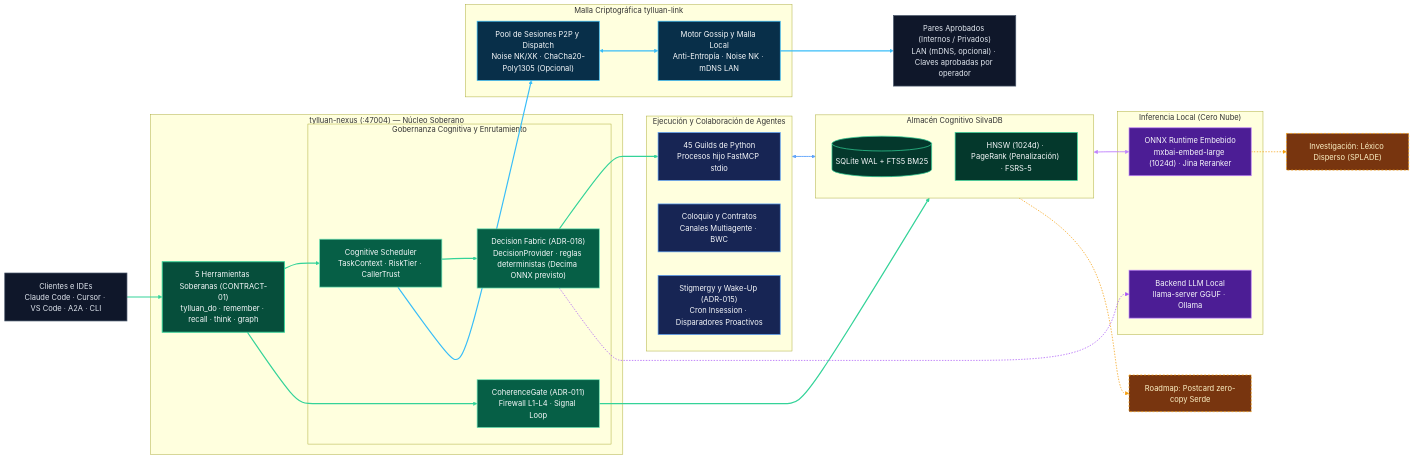
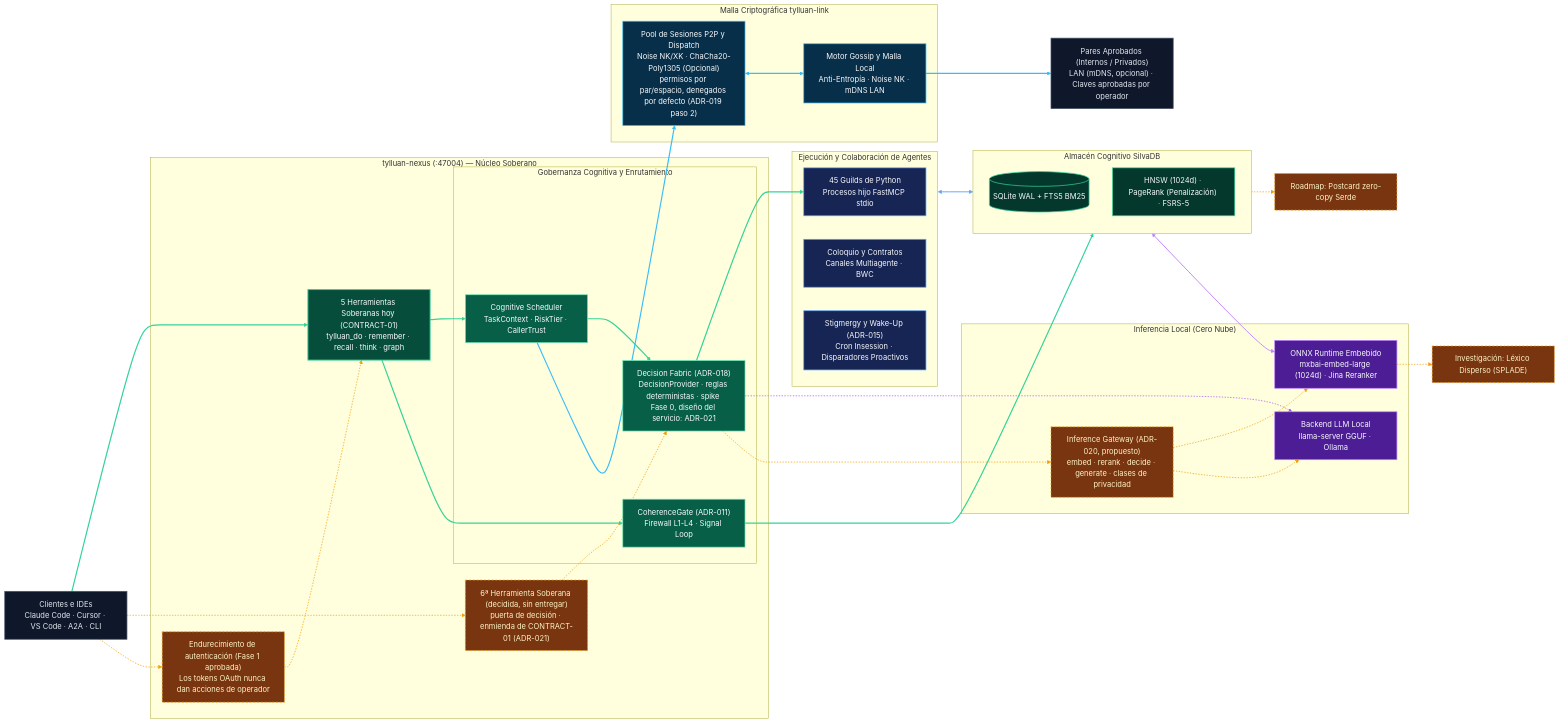
Before and after one commit to Forja-orca/tylluan: the diagram in README.es.md, drawn with Mermaid. The commit also changed other lines of this file and 7 other files, not shown here.

First line of the commit message:
docs: signal the 2026-10-15 architecture decisions in the public README, diagrams, roadmap and changelog

````diff
--- a/README.es.md
+++ b/README.es.md
@@ -347,11 +367,13 @@
   CLIENTS["Clientes e IDEs<br/>Claude Code · Cursor · VS Code · A2A · CLI"]
 
   subgraph SOVEREIGN["tylluan-nexus (:47004) — Núcleo Soberano"]
-    TOOLS["5 Herramientas Soberanas (CONTRACT-01)<br/>tylluan_do · remember · recall · think · graph"]
+    TOOLS["5 Herramientas Soberanas hoy (CONTRACT-01)<br/>tylluan_do · remember · recall · think · graph"]
+    TOOL6["6ª Herramienta Soberana (decidida, sin entregar)<br/>puerta de decisión · enmienda de CONTRACT-01 (ADR-021)"]:::future
+    AUTH["Endurecimiento de autenticación (Fase 1 aprobada)<br/>Los tokens OAuth nunca dan acciones de operador"]:::future
 
     subgraph GOVERN["Gobernanza Cognitiva y Enrutamiento"]
       SCHED["Cognitive Scheduler<br/>TaskContext · RiskTier · CallerTrust"]
-      DECIDER["Decision Fabric (ADR-018)<br/>DecisionProvider · reglas deterministas (Decima ONNX previsto)"]
+      DECIDER["Decision Fabric (ADR-018)<br/>DecisionProvider · reglas deterministas · spike Fase 0, diseño del servicio: ADR-021"]
       CGATE["CoherenceGate (ADR-011)<br/>Firewall L1-L4 · Signal Loop"]
     end
   end
@@ -362,6 +384,7 @@
   end
 
   subgraph INFER["Inferencia Local (Cero Nube)"]
+    GATEWAY["Inference Gateway (ADR-020, propuesto)<br/>embed · rerank · decide · generate · clases de privacidad"]:::future
     ONNX["ONNX Runtime Embebido<br/>mxbai-embed-large (1024d) · Jina Reranker"]
     LLAMA["Backend LLM Local<br/>llama-server GGUF · Ollama"]
   end
@@ -373,7 +396,7 @@
   end
 
   subgraph MESH["Malla Criptográfica tylluan-link"]
-    P2P["Pool de Sesiones P2P y Dispatch<br/>Noise NK/XK · ChaCha20-Poly1305 (Opcional)"]
+    P2P["Pool de Sesiones P2P y Dispatch<br/>Noise NK/XK · ChaCha20-Poly1305 (Opcional)<br/>permisos por par/espacio, denegados por defecto (ADR-019 paso 2)"]
     GOSSIP["Motor Gossip y Malla Local<br/>Anti-Entropía · Noise NK · mDNS LAN"]
   end
 
@@ -397,6 +420,13 @@
 
   ONNX -.-> SPARSE
   MEMORY -.-> POSTCARD
+  CLIENTS -.-> TOOL6
+  TOOL6 -.-> DECIDER
+  DECIDER -.-> GATEWAY
+  GATEWAY -.-> ONNX
+  GATEWAY -.-> LLAMA
+  CLIENTS -.-> AUTH
+  AUTH -.-> TOOLS
 
   classDef sovStyle fill:#064e3b,stroke:#34d399,color:#f8fafc,stroke-width:2px;
   classDef govStyle fill:#065f46,stroke:#6ee7b7,color:#f8fafc,stroke-width:1.5px;
@@ -421,4 +451,5 @@
   linkStyle 8 stroke:#a855f7,stroke-width:1.5px,stroke-dasharray:3 3;
   linkStyle 9,10,11 stroke:#38bdf8,stroke-width:2.5px;
   linkStyle 12,13 stroke:#f59e0b,stroke-width:1.5px,stroke-dasharray:3 3;
+  linkStyle 14,15,16,17,18,19,20 stroke:#f59e0b,stroke-width:1.5px,stroke-dasharray:3 3;
 ```
````
